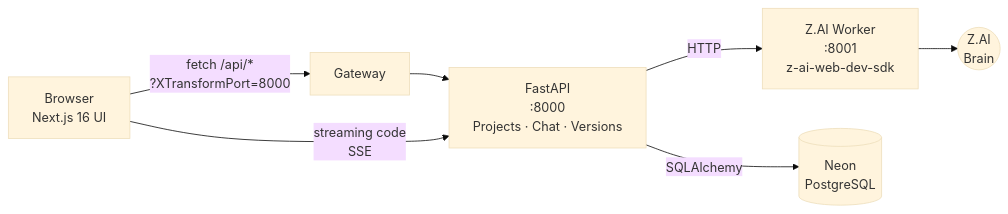
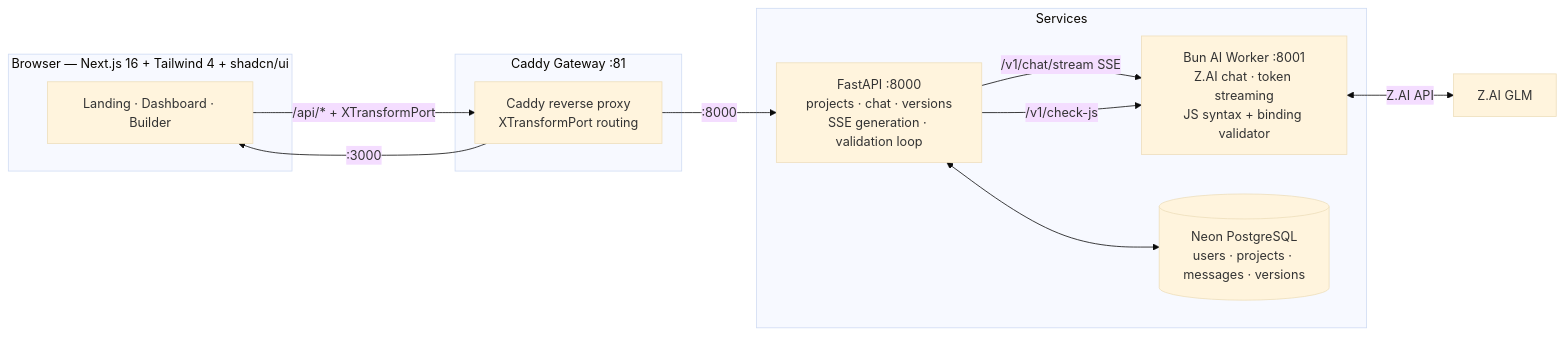
One commit to faisukhan01/erp changed the first of 3 diagrams in README.md. Above: the diagram before and after it, drawn with Mermaid (base theme). The commit also changed other lines of this file, not shown here.

````diff
--- a/README.md
+++ b/README.md
@@ -65,9 +64,21 @@
 ```mermaid
 flowchart LR
-    A["Browser<br/>Next.js 16 UI"] -->|"fetch /api/*<br/>?XTransformPort=8000"| B["Gateway"]
-    B --> C["FastAPI<br/>:8000<br/>Projects · Chat · Versions"]
-    C -->|HTTP| D["Z.AI Worker<br/>:8001<br/>z-ai-web-dev-sdk"]
-    D --> E(("Z.AI<br/>Brain"))
-    C -->|SQLAlchemy| F[("Neon<br/>PostgreSQL")]
-    A -->|"streaming code<br/>SSE"| C
+    subgraph Browser["Browser — Next.js 16 + Tailwind 4 + shadcn/ui"]
+        UI[Landing · Dashboard · Builder]
+    end
+    subgraph Gateway["Caddy Gateway :81"]
+        C[Caddy reverse proxy<br/>XTransformPort routing]
+    end
+    subgraph Services
+        API[FastAPI :8000<br/>projects · chat · versions<br/>SSE generation · validation loop]
+        WORKER[Bun AI Worker :8001<br/>Z.AI chat · token streaming<br/>JS syntax + binding validator]
+        DB[(Neon PostgreSQL<br/>users · projects · messages · versions)]
+    end
+    UI -->|/api/* + XTransformPort| C
+    C -->|:3000| UI
+    C -->|:8000| API
+    API <--> DB
+    API -->|/v1/chat/stream SSE| WORKER
+    API -->|/v1/check-js| WORKER
+    WORKER <-->|Z.AI API| ZAI[Z.AI GLM]
 ```
````
